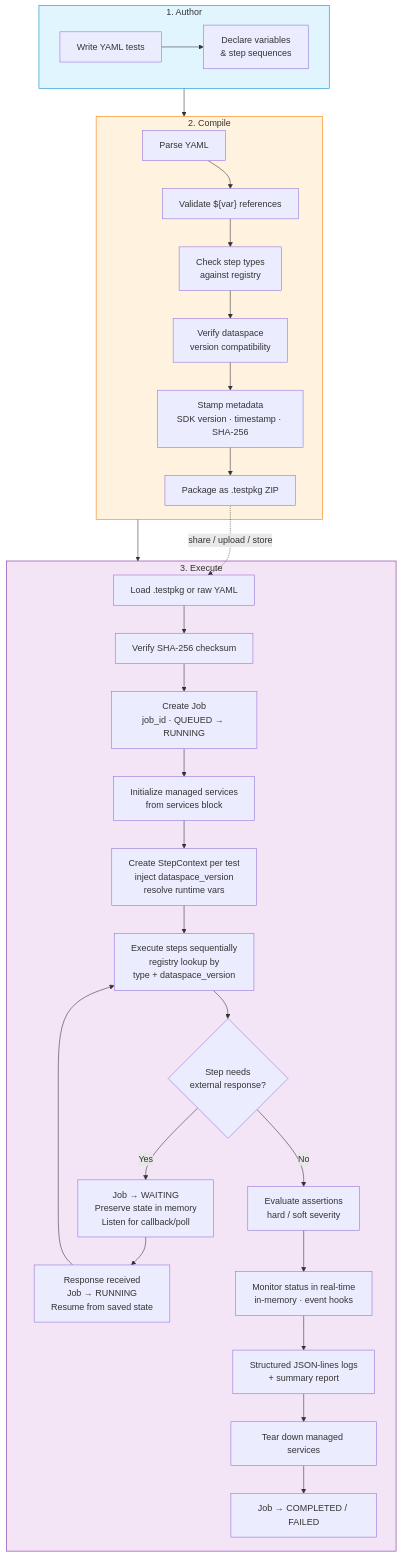
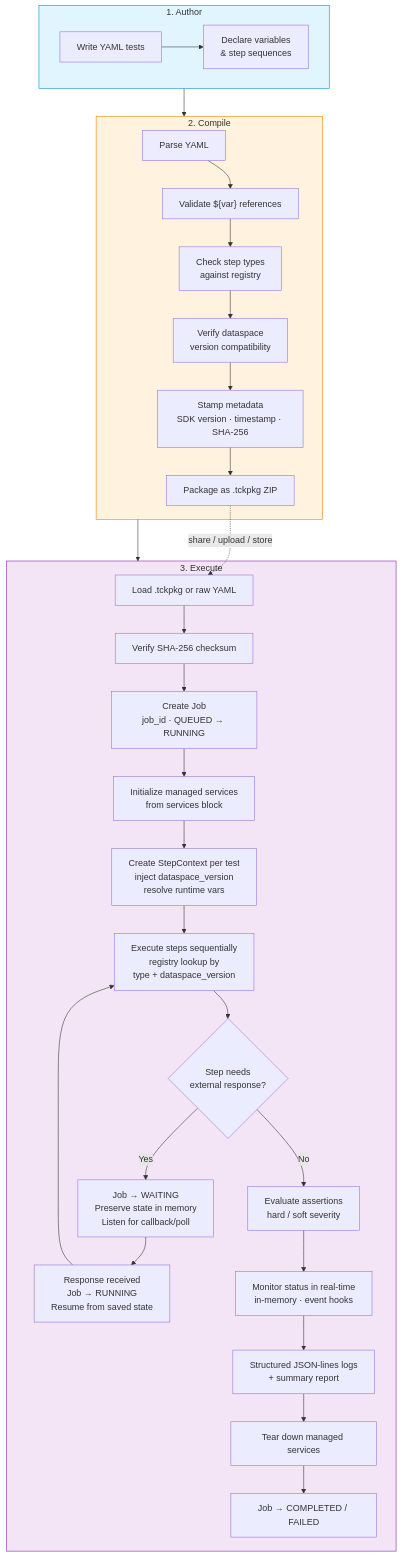
One commit to tudorfrincu1/tractusx-testlab changed the second of 15 diagrams in docs/specification/specification/concepts.md. Above: the diagram before and after it, drawn with Mermaid. The commit also changed other lines of this file and 144 other files, not shown here.

````diff
--- a/docs/specification/specification/concepts.md
+++ b/docs/specification/specification/concepts.md
@@ -74,49 +74,49 @@
 ```mermaid
 flowchart TD
     subgraph Author ["1. Author"]
         A1[Write YAML tests]
         A2[Declare variables<br/>& step sequences]
         A1 --> A2
     end
 
     subgraph Compile ["2. Compile"]
         B1[Parse YAML]
         B2["Validate ${var} references"]
         B3[Check step types<br/>against registry]
         B4[Verify dataspace<br/>version compatibility]
         B5[Stamp metadata<br/>SDK version · timestamp · SHA-256]
-        B6[Package as .testpkg ZIP]
+        B6[Package as .tckpkg ZIP]
 
         B1 --> B2 --> B3 --> B4 --> B5 --> B6
     end
 
     subgraph Execute ["3. Execute"]
-        C1[Load .testpkg or raw YAML]
+        C1[Load .tckpkg or raw YAML]
         C2[Verify SHA-256 checksum]
         C1b[Create Job<br/>job_id · QUEUED → RUNNING]
         C2b[Initialize managed services<br/>from services block]
         C3[Create StepContext per test<br/>inject dataspace_version<br/>resolve runtime vars]
         C4[Execute steps sequentially<br/>registry lookup by<br/>type + dataspace_version]
         C4b{Step needs<br/>external response?}
         C4c[Job → WAITING<br/>Preserve state in memory<br/>Listen for callback/poll]
         C4d[Response received<br/>Job → RUNNING<br/>Resume from saved state]
         C5[Evaluate assertions<br/>hard / soft severity]
         C6[Monitor status in real-time<br/>in-memory · event hooks]
         C7[Structured JSON-lines logs<br/>+ summary report]
         C8[Tear down managed services]
         C9[Job → COMPLETED / FAILED]
 
         C1 --> C2 --> C1b --> C2b --> C3 --> C4
         C4 --> C4b
         C4b -->|Yes| C4c --> C4d --> C4
         C4b -->|No| C5 --> C6 --> C7 --> C8 --> C9
     end
 
     Author --> Compile --> Execute
 
     B6 -. "share / upload / store" .-> C1
 
     style Author fill:#e1f5fe,stroke:#0288d1
     style Compile fill:#fff3e0,stroke:#f57c00
     style Execute fill:#f3e5f5,stroke:#7b1fa2
 ```
````
